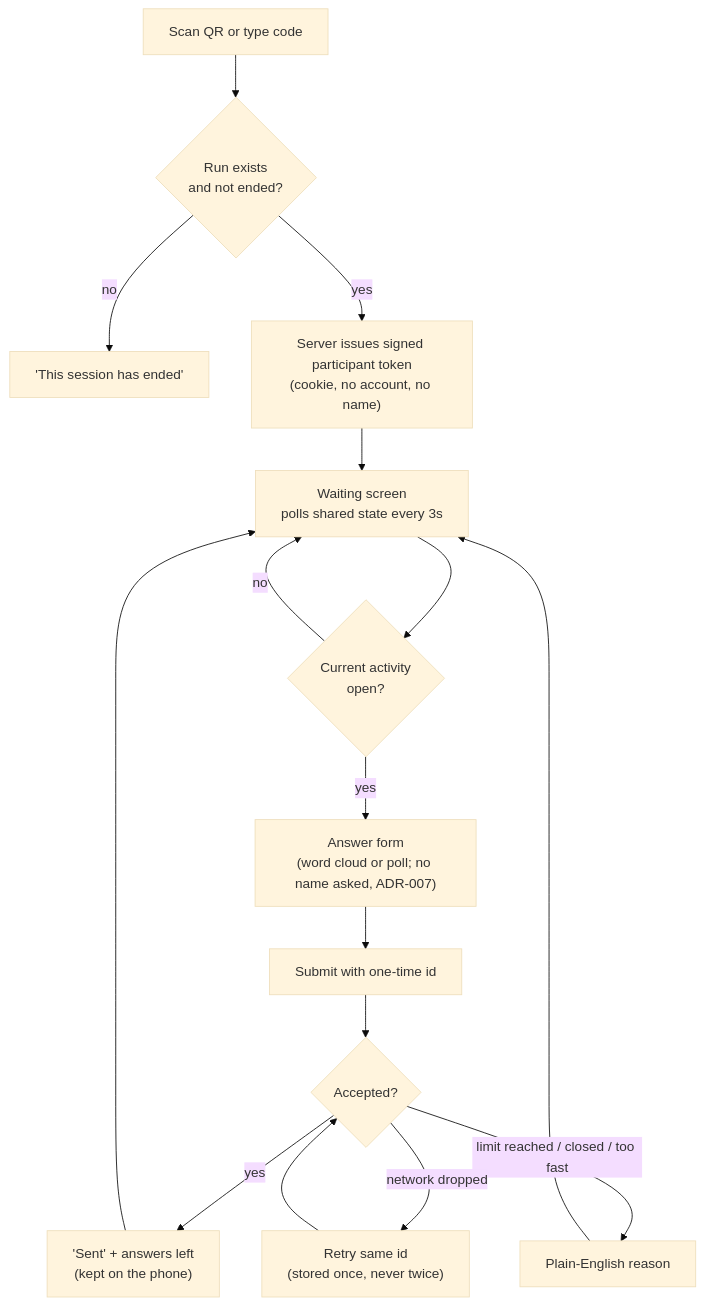
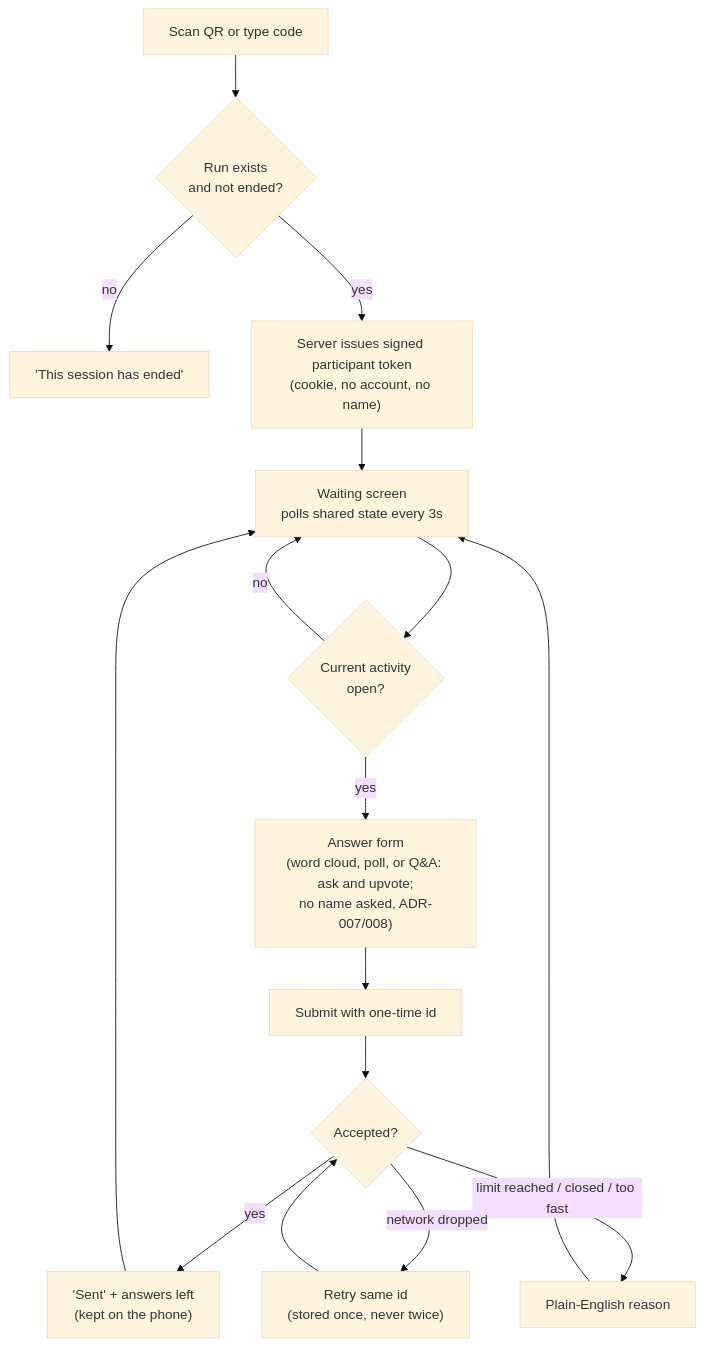
The second of 10 diagrams in docs/ARCHITECTURE.md (shahil1dn/volley), drawn with Mermaid (base theme) before and after one commit. The commit also changed other lines of this file, not shown here.

Commit message:
docs: architecture catches up with Q&A, the purge and the test project

````diff
--- a/docs/ARCHITECTURE.md
+++ b/docs/ARCHITECTURE.md
@@ -45,18 +46,18 @@
 ```mermaid
 flowchart TD
   A["Scan QR or type code"] --> B{"Run exists<br/>and not ended?"}
   B -- no --> X["'This session has ended'"]
   B -- yes --> C["Server issues signed participant token<br/>(cookie, no account, no name)"]
   C --> D["Waiting screen<br/>polls shared state every 3s"]
   D --> E{"Current activity<br/>open?"}
   E -- no --> D
-  E -- yes --> H["Answer form<br/>(word cloud or poll; no name asked, ADR-007)"]
+  E -- yes --> H["Answer form<br/>(word cloud, poll, or Q&A: ask and upvote;<br/>no name asked, ADR-007/008)"]
   H --> I["Submit with one-time id"]
   I --> J{"Accepted?"}
   J -- "yes" --> K["'Sent' + answers left<br/>(kept on the phone)"]
   J -- "limit reached / closed / too fast" --> L["Plain-English reason"]
   J -- "network dropped" --> M["Retry same id<br/>(stored once, never twice)"]
   M --> J
   K --> D
   L --> D
 ```
````
